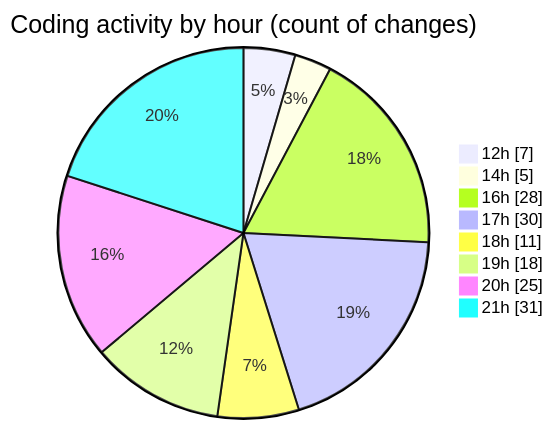
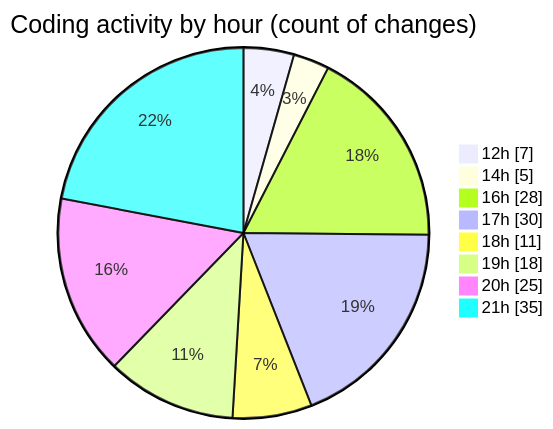
The second of 2 diagrams in 2025-10-06/eventscop-frontend-guide__workspace_/README.md (julien-gomy/code-tracking), drawn with Mermaid before and after one commit. The commit also changed other lines of this file and 1 other file, not shown here.

````diff
--- a/2025-10-06/eventscop-frontend-guide__workspace_/README.md
+++ b/2025-10-06/eventscop-frontend-guide__workspace_/README.md
@@ -70,12 +71,12 @@
 ```mermaid
 pie showData
 title Coding activity by hour (count of changes)
 "12h" : 7
 "14h" : 5
 "16h" : 28
 "17h" : 30
 "18h" : 11
 "19h" : 18
 "20h" : 25
-"21h" : 31
+"21h" : 35
 ```
````
